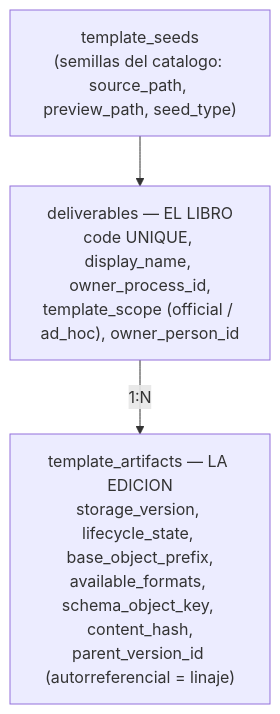
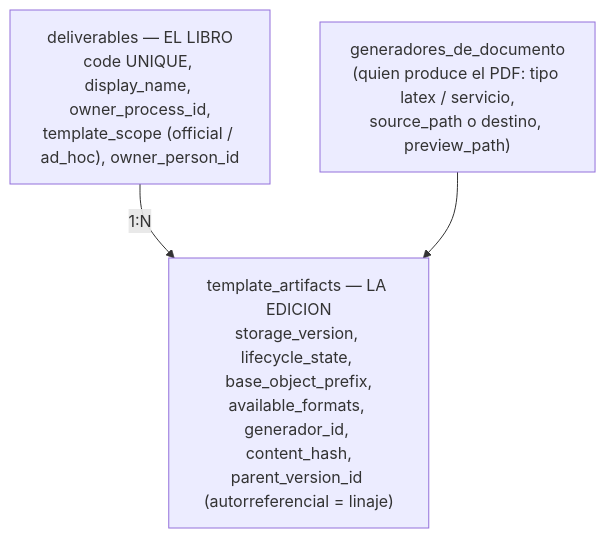
The diagram in docs/src/content/docs/datos/modos-y-plantillas.md (fresvel/deasy), drawn with Mermaid before and after one commit. The commit also changed other lines of this file and 63 other files, not shown here.

First line of the commit message:
feat(plantillas): F3+F4 — la semilla deja de ser EL mecanismo y pasa a ser UNO

````diff
--- a/docs/src/content/docs/datos/modos-y-plantillas.md
+++ b/docs/src/content/docs/datos/modos-y-plantillas.md
@@ -31,10 +31,10 @@
 ```mermaid
-%% diagrama 09 — plantillas: la semilla, el libro (deliverables) y sus ediciones
+%% diagrama 09 — plantillas: el generador, el libro (deliverables) y sus ediciones
 flowchart TD
-    SEEDS["template_seeds<br/>(semillas del catalogo: source_path, preview_path, seed_type)"]
+    GEN["generadores_de_documento<br/>(quien produce el PDF: tipo latex / servicio,<br/>source_path o destino, preview_path)"]
     DEL["deliverables — EL LIBRO<br/>code UNIQUE, display_name, owner_process_id,<br/>template_scope (official / ad_hoc), owner_person_id"]
-    ART["template_artifacts — LA EDICION<br/>storage_version, lifecycle_state, base_object_prefix,<br/>available_formats, schema_object_key, content_hash,<br/>parent_version_id (autorreferencial = linaje)"]
+    ART["template_artifacts — LA EDICION<br/>storage_version, lifecycle_state, base_object_prefix,<br/>available_formats, generador_id, content_hash,<br/>parent_version_id (autorreferencial = linaje)"]
 
-    SEEDS --> DEL
     DEL -->|"1:N"| ART
+    GEN --> ART
 ```
````
